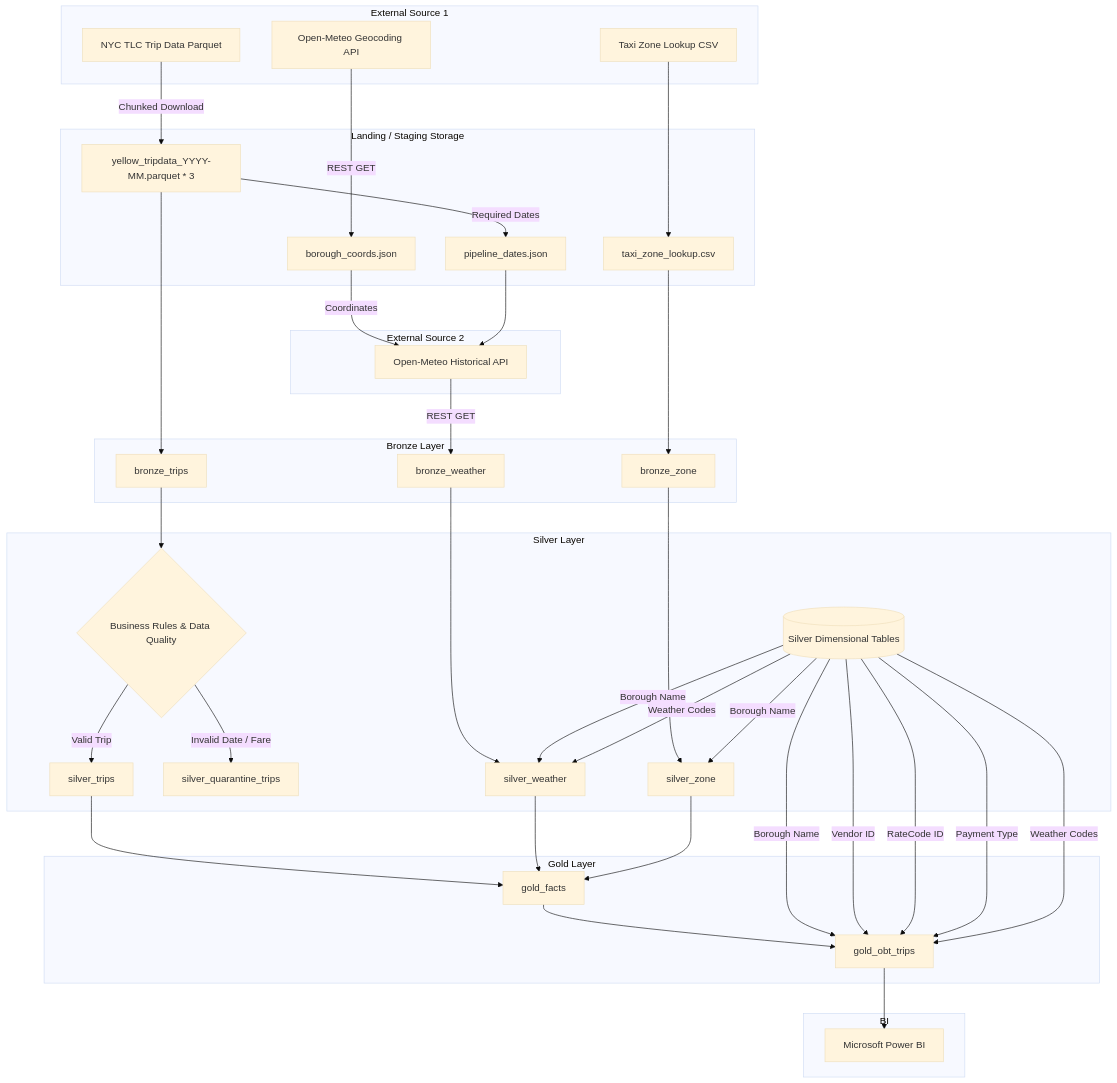
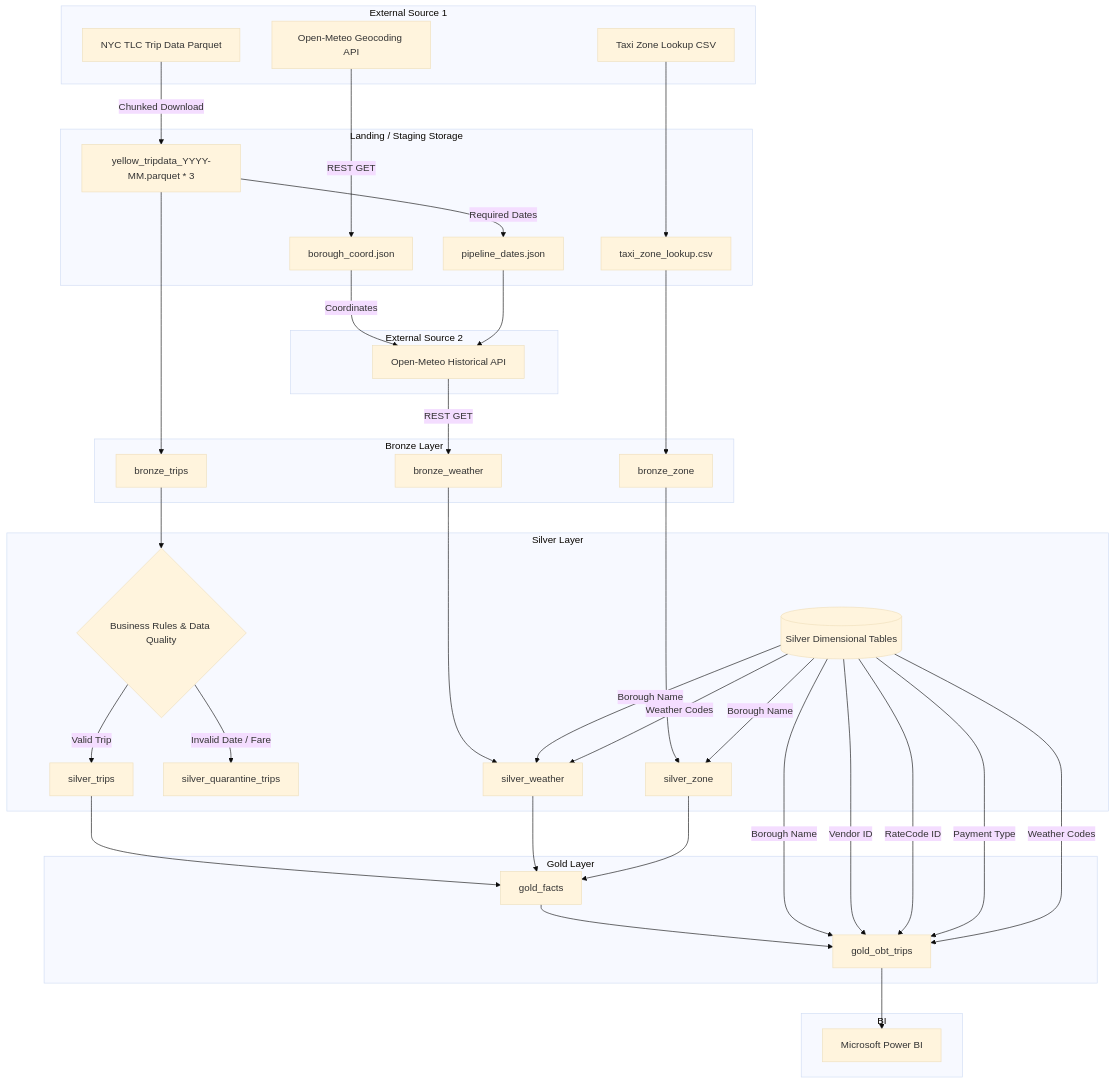
One commit to Chirag-GH/taxi_weather_pipeline changed the diagram in README.md. Above: the diagram before and after it, drawn with Mermaid (base theme). The commit also changed other lines of this file, not shown here.

````diff
--- a/README.md
+++ b/README.md
@@ -20,82 +20,82 @@
 ```mermaid
 graph TD
     subgraph External Source 1
         TLC[NYC TLC Trip Data Parquet]
         GEO[Open-Meteo Geocoding API]
         STATIC[Taxi Zone Lookup CSV]
     end
 
     subgraph Landing / Staging Storage
         PARQ[yellow_tripdata_YYYY-MM.parquet * 3]
-        JSON_COORD[borough_coords.json]
+        JSON_COORD[borough_coord.json]
         ZCSV[taxi_zone_lookup.csv]
         JSON_DATES[pipeline_dates.json]
     end
 
     subgraph External Source 2
         OM[Open-Meteo Historical API]
     end
 
     subgraph Bronze Layer
         BT[bronze_trips]
         BW[bronze_weather]
         BZ[bronze_zone]
     end
 
     subgraph Silver Layer
         D{Business Rules & Data Quality}
         ST[silver_trips]
         SQ[silver_quarantine_trips]
         SW[silver_weather]
         SZ[silver_zone]
         SDIM[(Silver Dimensional Tables)]
         
     end
 
     subgraph Gold Layer
         GF[gold_facts]
         GOBT[gold_obt_trips]
     end
 
     subgraph BI
         PBI[Microsoft Power BI]
     end
 
     %% Ingestion Flow
     TLC -->|Chunked Download| PARQ
     GEO -->|REST GET| JSON_COORD
     STATIC --> ZCSV
     PARQ -->|Required Dates| JSON_DATES
 
     %% Bronze Flow
     PARQ --> BT
     JSON_COORD -->|Coordinates| OM
     JSON_DATES --> OM
     OM -->|REST GET| BW
     ZCSV --> BZ
 
     %% Silver Flow
     BT --> D
     D -->|Valid Trip| ST
     D -->|Invalid Date / Fare| SQ
     
     BW --> SW
     SDIM -->|Borough Name| SW
     SDIM -->|Weather Codes| SW
     BZ --> SZ
     SDIM -->|Borough Name| SZ
 
     %% Gold Flow
     ST --> GF
     SW --> GF
     SZ --> GF
 
     GF --> GOBT
     SDIM -->|Borough Name| GOBT
     SDIM -->|Vendor ID| GOBT
     SDIM -->|RateCode ID| GOBT
     SDIM -->|Payment Type| GOBT
     SDIM -->|Weather Codes| GOBT
 
     GOBT --> PBI
 ```
````
